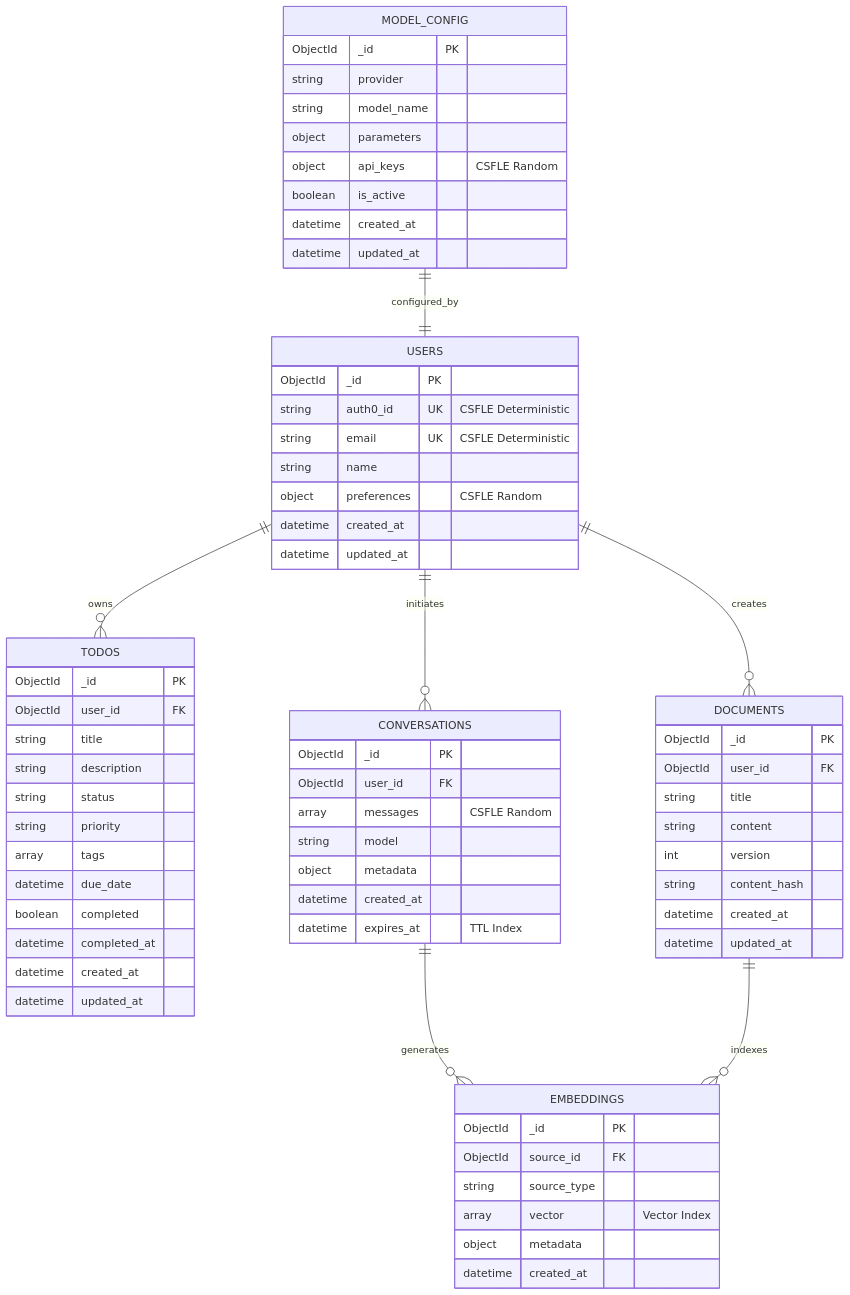
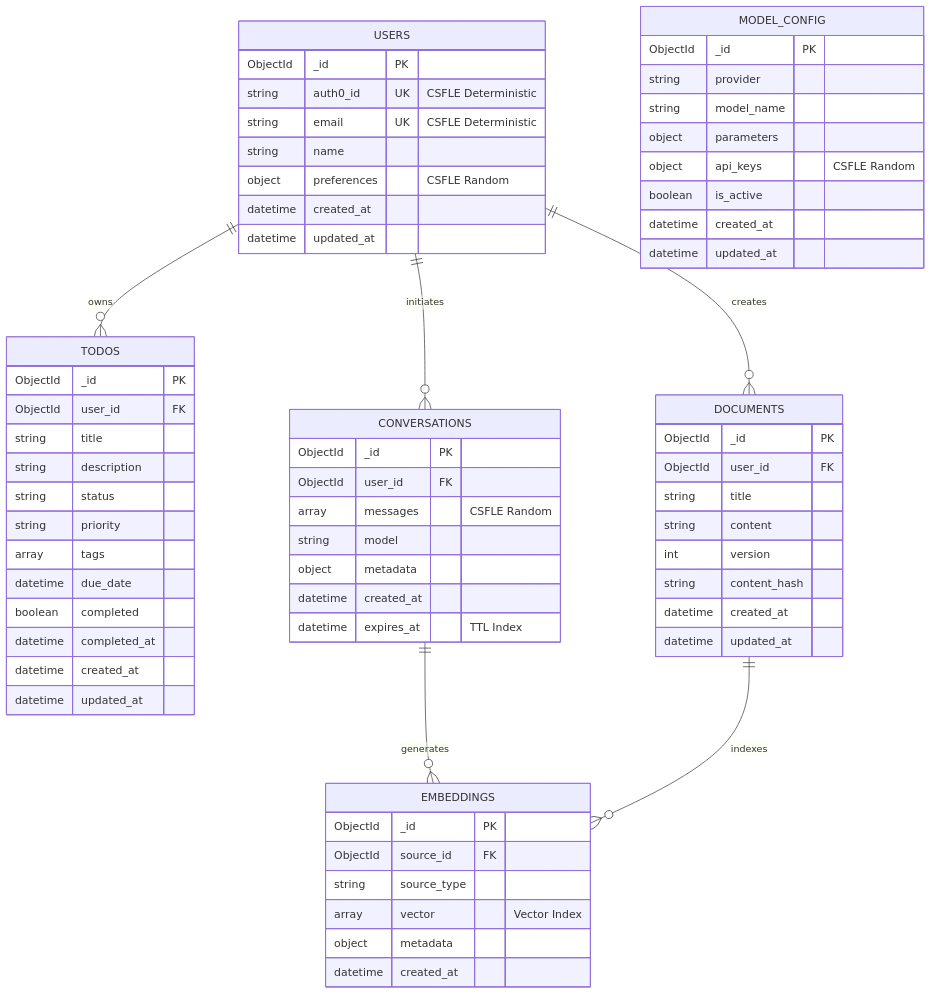
The diagram in docs/architecture/data-model.md (ankit-blitzy/test-repo), drawn with Mermaid before and after one commit. The commit also changed other lines of this file and 4 other files, not shown here.

First line of the commit message:
fix: resolve code review findings — create docs/index.md and LICENSE, fix ER diagram, align env var naming

````diff
--- a/docs/architecture/data-model.md
+++ b/docs/architecture/data-model.md
@@ -36,75 +36,74 @@
 ```mermaid
 erDiagram
     USERS ||--o{ TODOS : "owns"
     USERS ||--o{ CONVERSATIONS : "initiates"
     USERS ||--o{ DOCUMENTS : "creates"
     CONVERSATIONS ||--o{ EMBEDDINGS : "generates"
     DOCUMENTS ||--o{ EMBEDDINGS : "indexes"
-    MODEL_CONFIG ||--|| USERS : "configured_by"
 
     USERS {
         ObjectId _id PK
         string auth0_id UK "CSFLE Deterministic"
         string email UK "CSFLE Deterministic"
         string name
         object preferences "CSFLE Random"
         datetime created_at
         datetime updated_at
     }
 
     TODOS {
         ObjectId _id PK
         ObjectId user_id FK
         string title
         string description
         string status
         string priority
         array tags
         datetime due_date
         boolean completed
         datetime completed_at
         datetime created_at
         datetime updated_at
     }
 
     CONVERSATIONS {
         ObjectId _id PK
         ObjectId user_id FK
         array messages "CSFLE Random"
         string model
         object metadata
         datetime created_at
         datetime expires_at "TTL Index"
     }
 
     EMBEDDINGS {
         ObjectId _id PK
         ObjectId source_id FK
         string source_type
         array vector "Vector Index"
         object metadata
         datetime created_at
     }
 
     DOCUMENTS {
         ObjectId _id PK
         ObjectId user_id FK
         string title
         string content
         int version
         string content_hash
         datetime created_at
         datetime updated_at
     }
 
     MODEL_CONFIG {
         ObjectId _id PK
         string provider
         string model_name
         object parameters
         object api_keys "CSFLE Random"
         boolean is_active
         datetime created_at
         datetime updated_at
     }
 ```
````
